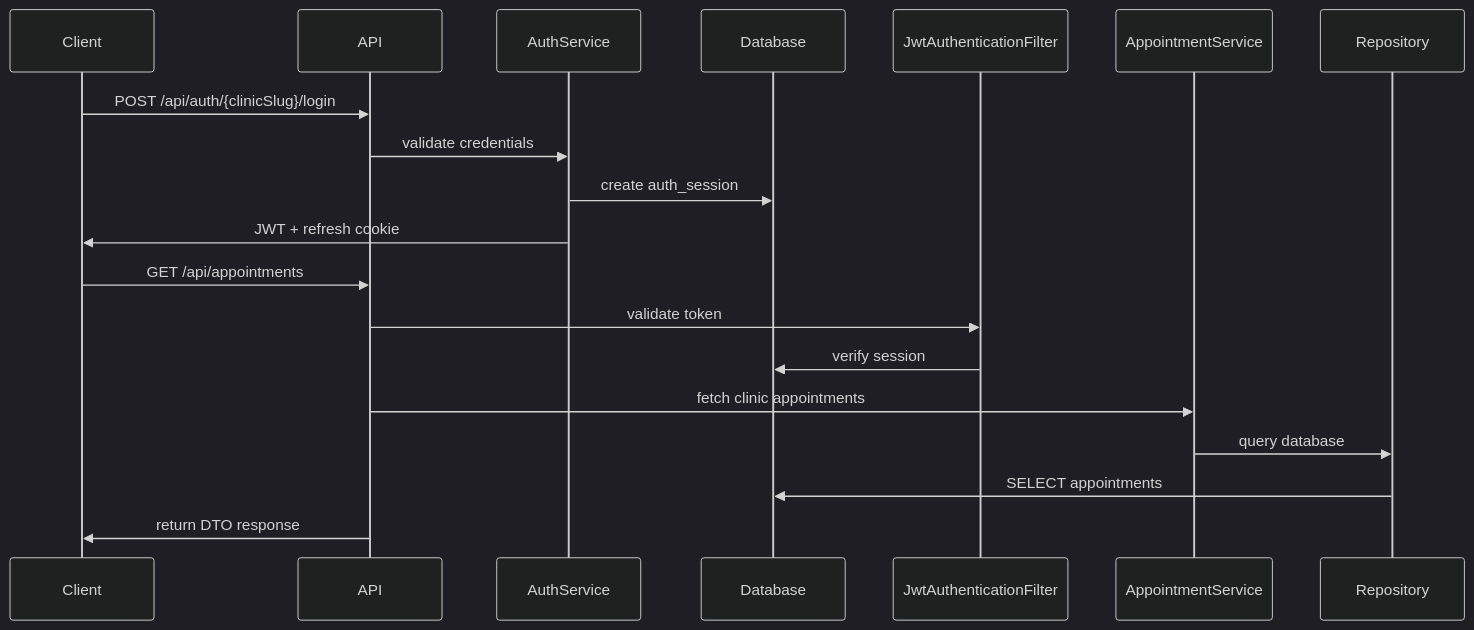
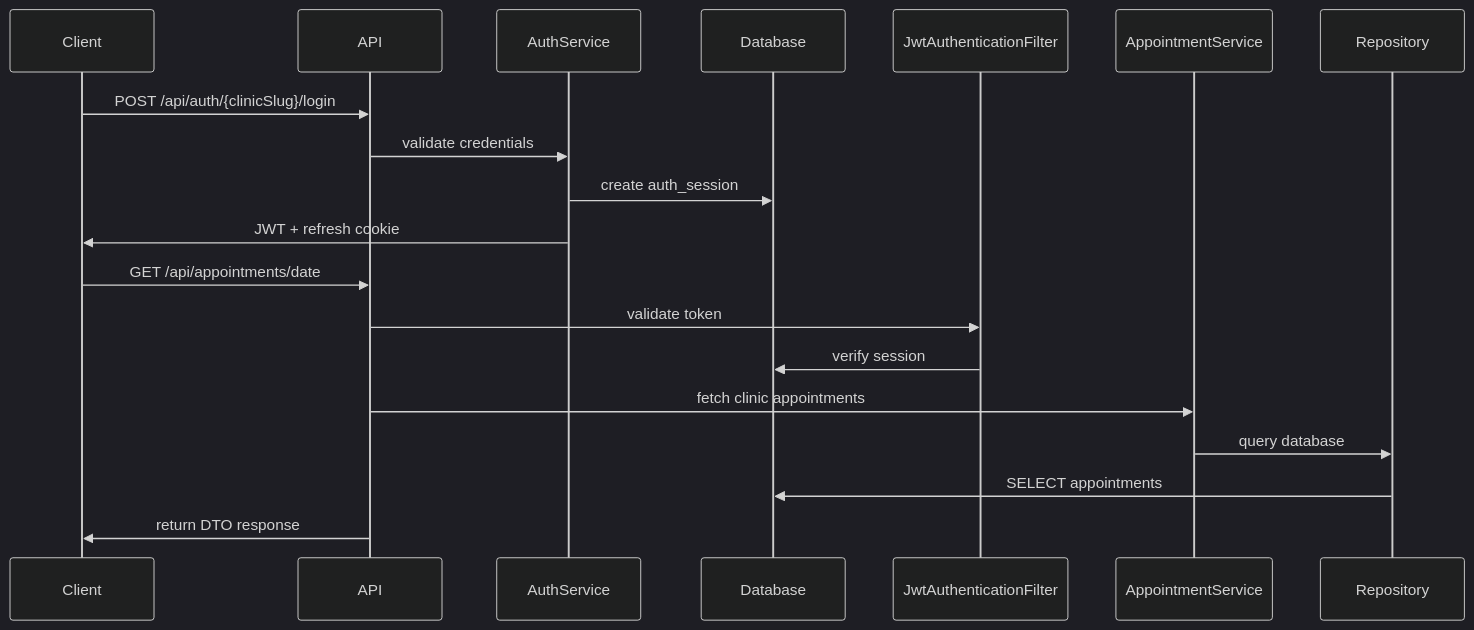
The diagram in README.md (crivera0712/clinic-flow), drawn with Mermaid (dark theme) before and after one commit. The commit also changed other lines of this file and 33 other files, not shown here.

````diff
--- a/README.md
+++ b/README.md
@@ -68,15 +69,15 @@
 ```mermaid
 sequenceDiagram
 Client ->> API: POST /api/auth/{clinicSlug}/login
 API ->> AuthService: validate credentials
 AuthService ->> Database: create auth_session
 AuthService ->> Client: JWT + refresh cookie
 
-Client ->> API: GET /api/appointments
+Client ->> API: GET /api/appointments/date
 API ->> JwtAuthenticationFilter: validate token
 JwtAuthenticationFilter ->> Database: verify session
 API ->> AppointmentService: fetch clinic appointments
 AppointmentService ->> Repository: query database
 Repository ->> Database: SELECT appointments
 API ->> Client: return DTO response
 ```
````
